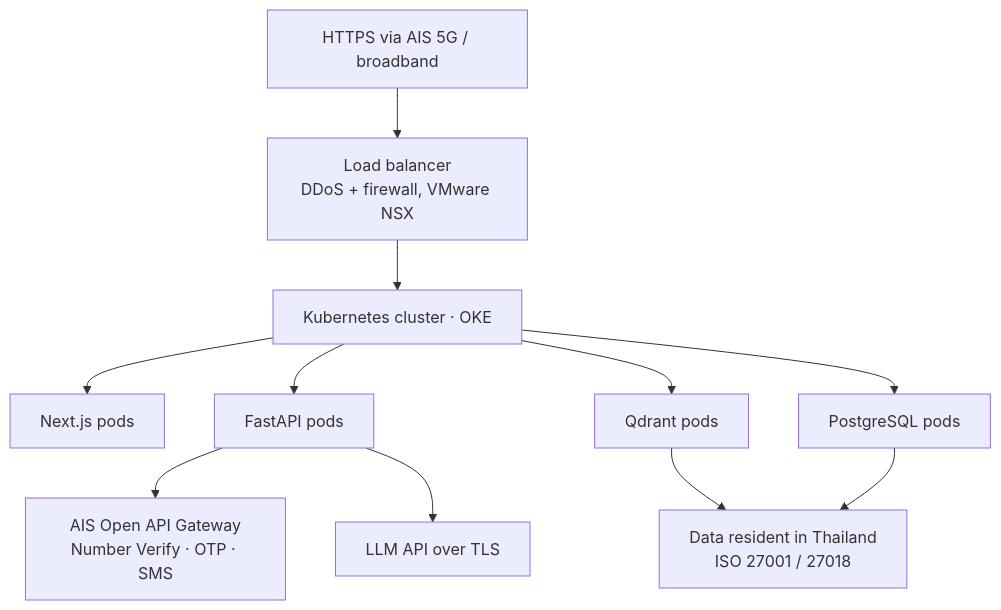
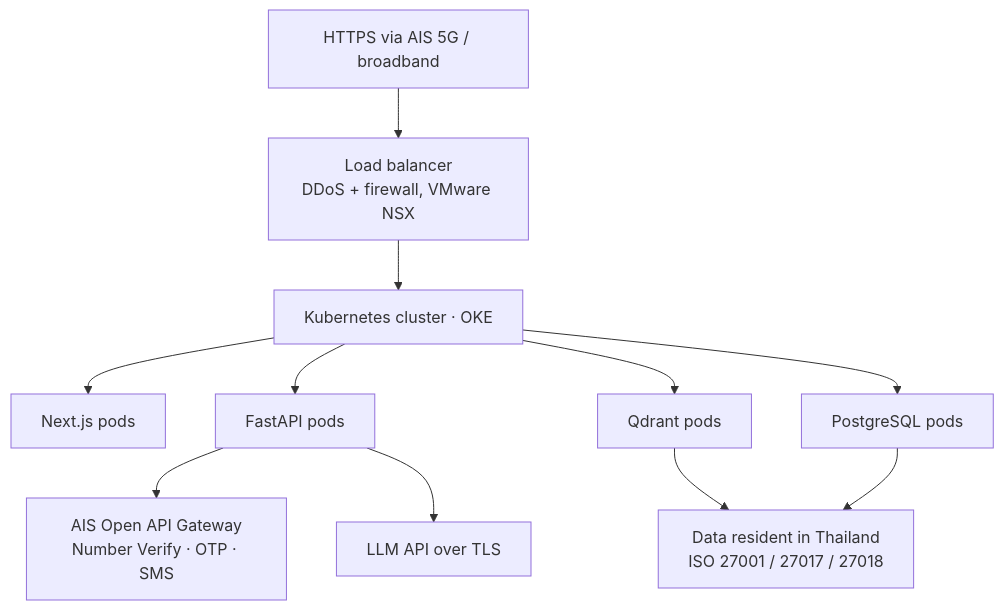
The fifth of 6 diagrams in docs/05-system-architecture.md (winxtxrgit/futureme-ai), drawn with Mermaid before and after one commit. The commit also changed other lines of this file and 9 other files, not shown here.

````diff
--- a/docs/05-system-architecture.md
+++ b/docs/05-system-architecture.md
@@ -200,13 +215,13 @@
 ```mermaid
 flowchart TD
     A["HTTPS via AIS 5G / broadband"] --> B["Load balancer<br/>DDoS + firewall, VMware NSX"]
     B --> C["Kubernetes cluster · OKE"]
     C --> D["Next.js pods"]
     C --> E["FastAPI pods"]
     C --> F["Qdrant pods"]
     C --> G["PostgreSQL pods"]
     E --> H["AIS Open API Gateway<br/>Number Verify · OTP · SMS"]
     E --> I["LLM API over TLS"]
-    F --> J["Data resident in Thailand<br/>ISO 27001 / 27018"]
+    F --> J["Data resident in Thailand<br/>ISO 27001 / 27017 / 27018"]
     G --> J
 ```
````
